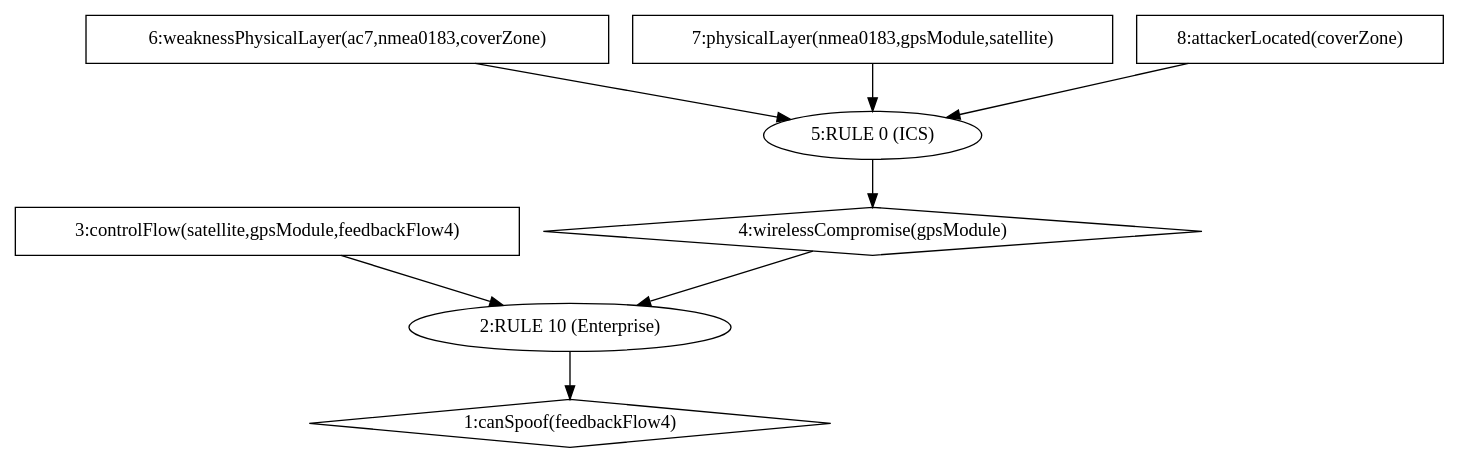
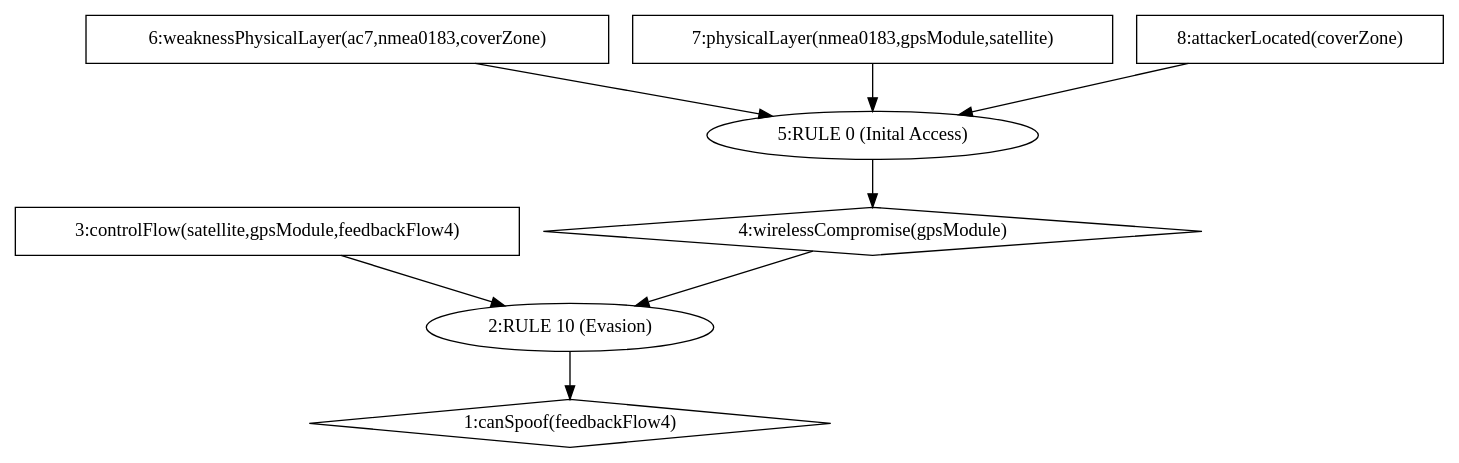
One commit to NS-unina/GCAP_Mod changed the diagram in INAV_Flight_controller/AttackGraph/outputHackref/AttackGraph.dot. Above: the diagram before and after it, drawn with Graphviz. The commit also changed 33 other files, not shown here.

```diff
--- a/INAV_Flight_controller/AttackGraph/outputHackref/AttackGraph.dot
+++ b/INAV_Flight_controller/AttackGraph/outputHackref/AttackGraph.dot
@@ -1,17 +1,17 @@
 digraph G {
 	1 [label="1:canSpoof(feedbackFlow4)",shape=diamond];
-	2 [label="2:RULE 10 (Enterprise)",shape=ellipse];
+	2 [label="2:RULE 10 (Evasion)",shape=ellipse];
 	3 [label="3:controlFlow(satellite,gpsModule,feedbackFlow4)",shape=box];
 	4 [label="4:wirelessCompromise(gpsModule)",shape=diamond];
-	5 [label="5:RULE 0 (ICS)",shape=ellipse];
+	5 [label="5:RULE 0 (Inital Access)",shape=ellipse];
 	6 [label="6:weaknessPhysicalLayer(ac7,nmea0183,coverZone)",shape=box];
 	7 [label="7:physicalLayer(nmea0183,gpsModule,satellite)",shape=box];
 	8 [label="8:attackerLocated(coverZone)",shape=box];
 	3 -> 	2;
 	6 -> 	5;
 	7 -> 	5;
 	8 -> 	5;
 	5 -> 	4;
 	4 -> 	2;
 	2 -> 	1;
 }
```
